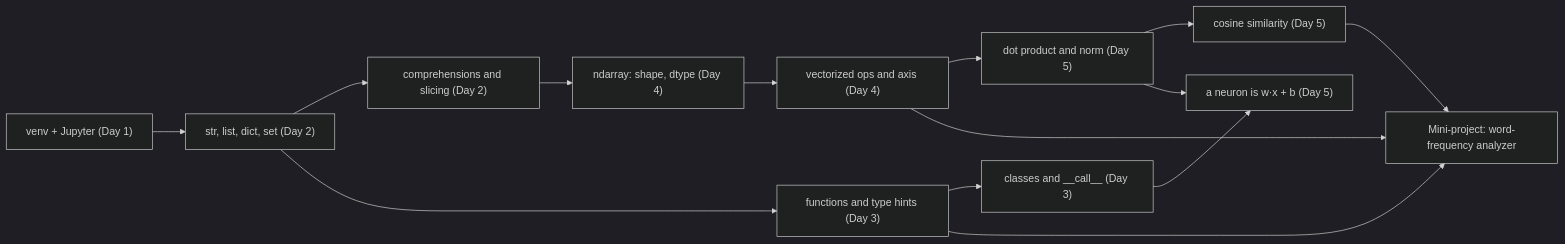
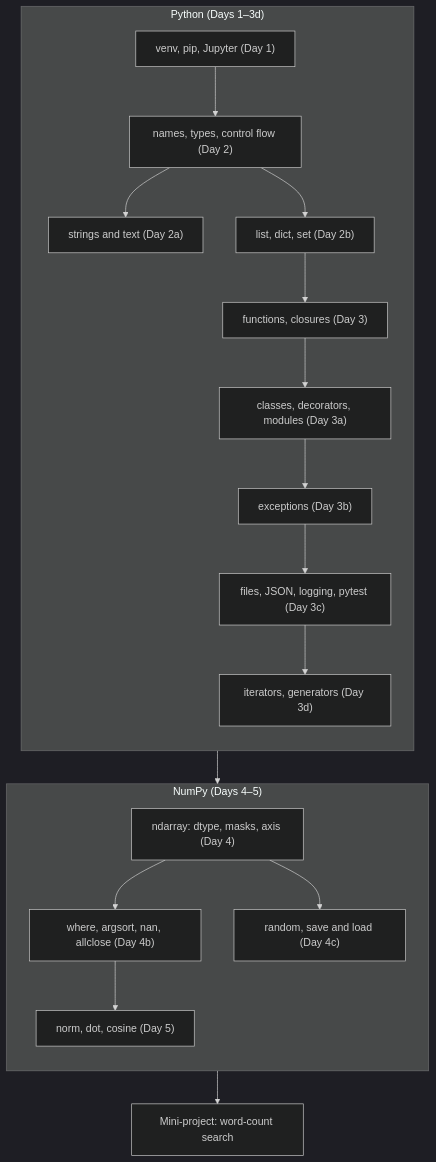
One commit to manjulkadyan/ai-leaning changed the diagram in docs/lessons/phase-1/day-06-week1-review.md. Above: the diagram before and after it, drawn with Mermaid (dark theme). The commit also changed other lines of this file and 3 other files, not shown here.

First line of the commit message:
Rewrite Day 6 review as a word-count search mini-project

````diff
--- a/docs/lessons/phase-1/day-06-week1-review.md
+++ b/docs/lessons/phase-1/day-06-week1-review.md
@@ -42,16 +70,22 @@
 ```mermaid
-flowchart LR
-    V["venv + Jupyter (Day 1)"] --> T["str, list, dict, set (Day 2)"]
-    T --> C["comprehensions and slicing (Day 2)"]
-    T --> F["functions and type hints (Day 3)"]
-    F --> K["classes and __call__ (Day 3)"]
-    C --> A["ndarray: shape, dtype (Day 4)"]
-    A --> X["vectorized ops and axis (Day 4)"]
-    X --> D["dot product and norm (Day 5)"]
-    D --> S["cosine similarity (Day 5)"]
-    D --> N["a neuron is w·x + b (Day 5)"]
-    K --> N
-    F --> P["Mini-project: word-frequency analyzer"]
-    X --> P
-    S --> P
+flowchart TB
+    subgraph PY["Python (Days 1–3d)"]
+        direction TB
+        D1["venv, pip, Jupyter (Day 1)"] --> D2["names, types, control flow (Day 2)"]
+        D2 --> D2a["strings and text (Day 2a)"]
+        D2 --> D2b["list, dict, set (Day 2b)"]
+        D2b --> D3["functions, closures (Day 3)"]
+        D3 --> D3a["classes, decorators, modules (Day 3a)"]
+        D3a --> D3b["exceptions (Day 3b)"]
+        D3b --> D3c["files, JSON, logging, pytest (Day 3c)"]
+        D3c --> D3d["iterators, generators (Day 3d)"]
+    end
+    subgraph NP["NumPy (Days 4–5)"]
+        direction TB
+        D4["ndarray: dtype, masks, axis (Day 4)"] --> D4b["where, argsort, nan, allclose (Day 4b)"]
+        D4 --> D4c["random, save and load (Day 4c)"]
+        D4b --> D5["norm, dot, cosine (Day 5)"]
+    end
+    PY --> NP
+    NP --> P["Mini-project: word-count search"]
 ```
````
